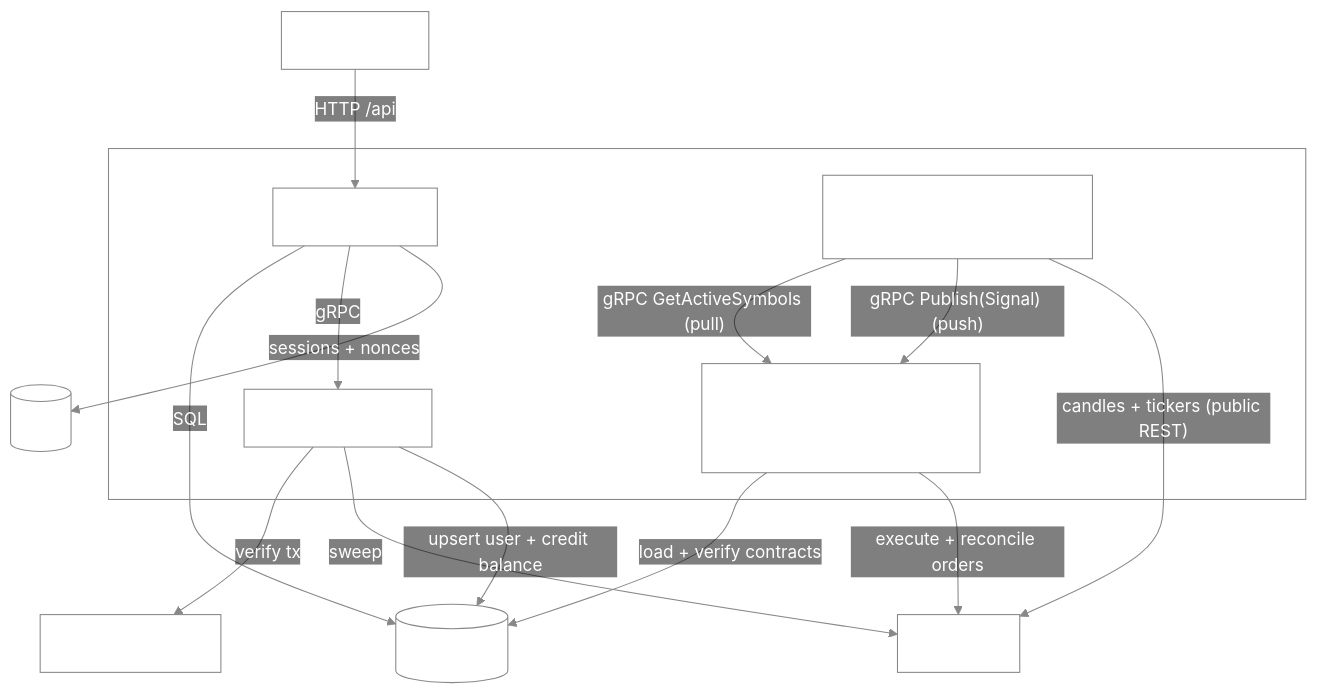
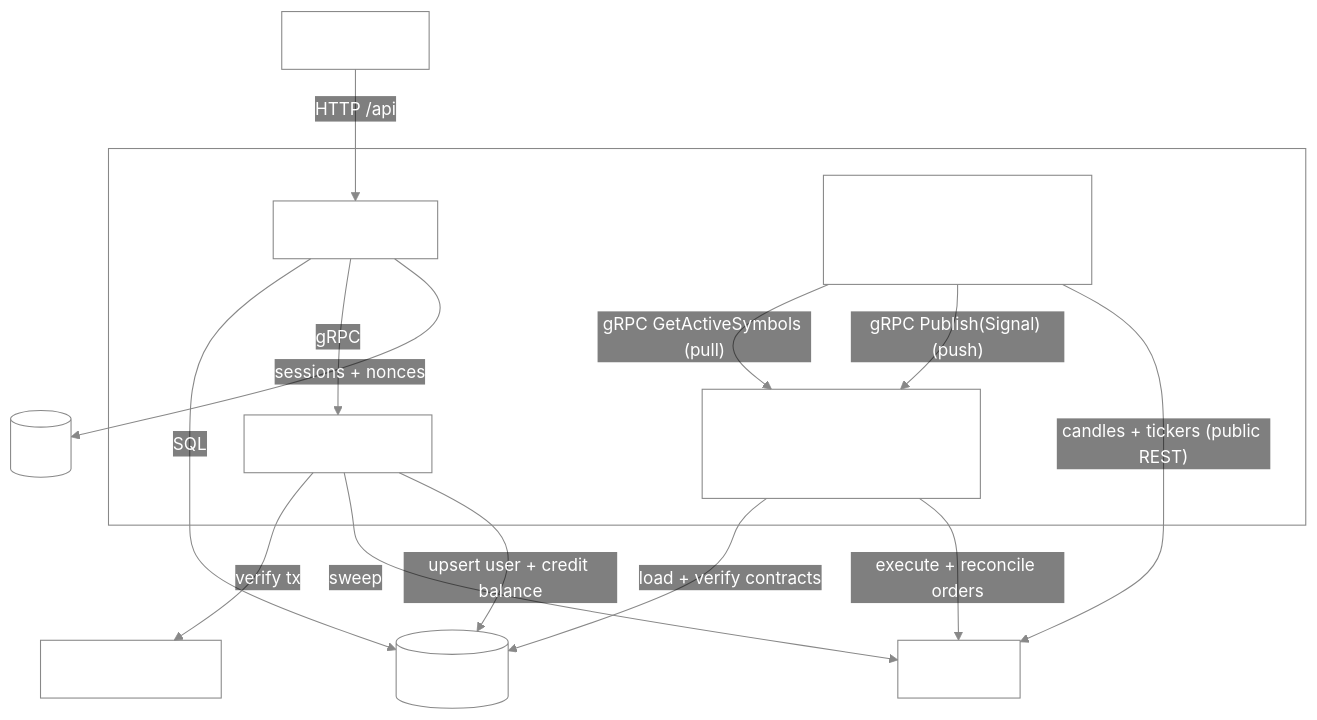
One commit to N-Choo/CoinBot.v3 changed the diagram in README.md. Above: the diagram before and after it, drawn with Mermaid. The commit also changed other lines of this file and 218 other files, not shown here.

````diff
--- a/README.md
+++ b/README.md
@@ -29,37 +29,37 @@
 ```mermaid
 %%{init: {"theme":"base","themeVariables":{"clusterBkg":"transparent","clusterBorder":"#888","lineColor":"#888","primaryTextColor":"#fff","tertiaryTextColor":"#fff","edgeLabelBackground":"transparent"}}}%%
 flowchart TB
     classDef plain fill:transparent,stroke:#888,color:#fff;
 
     UI["React SPA"]
 
     subgraph rust["Rust services"]
         GW["api_gateway"]
         DW["deposit-worker"]
         TE["trade-engine<br/>(gRPC server: EngineService)"]
-        SA["strategy-analyzer<br/>(supply and demand, 4H)"]
+        SA["analyzer<br/>(RSI divergence)<br/>[ Closed - not profitable ]"]
     end
 
     DB[("PostgreSQL")]
     RD[("Redis")]
     ETH["Ethereum RPC"]
     KC["KuCoin"]
 
     UI -->|"HTTP /api"| GW
     GW -->|"SQL"| DB
     GW -->|"gRPC"| DW
     DW -->|"verify tx"| ETH
     DW -->|"sweep"| KC
     DW -->|"upsert user + credit balance"| DB
 
     SA -->|"gRPC GetActiveSymbols (pull)"| TE
     SA -->|"gRPC Publish(Signal) (push)"| TE
     SA -->|"candles + tickers (public REST)"| KC
 
     GW -->|"sessions + nonces"| RD
 
     TE -->|"load + verify contracts"| DB
     TE -->|"execute + reconcile orders"| KC
 
     class UI,GW,DW,TE,SA,DB,RD,ETH,KC plain;
 ```
````
